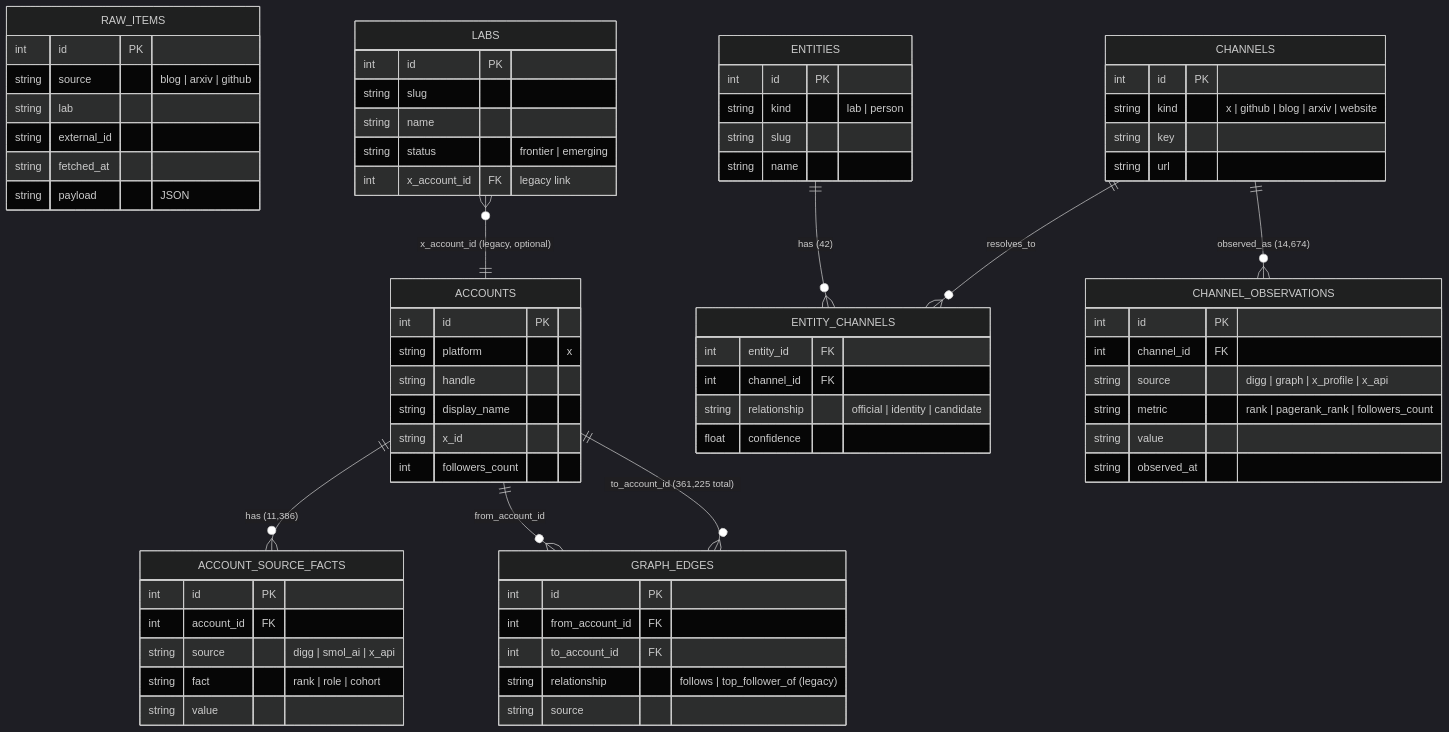
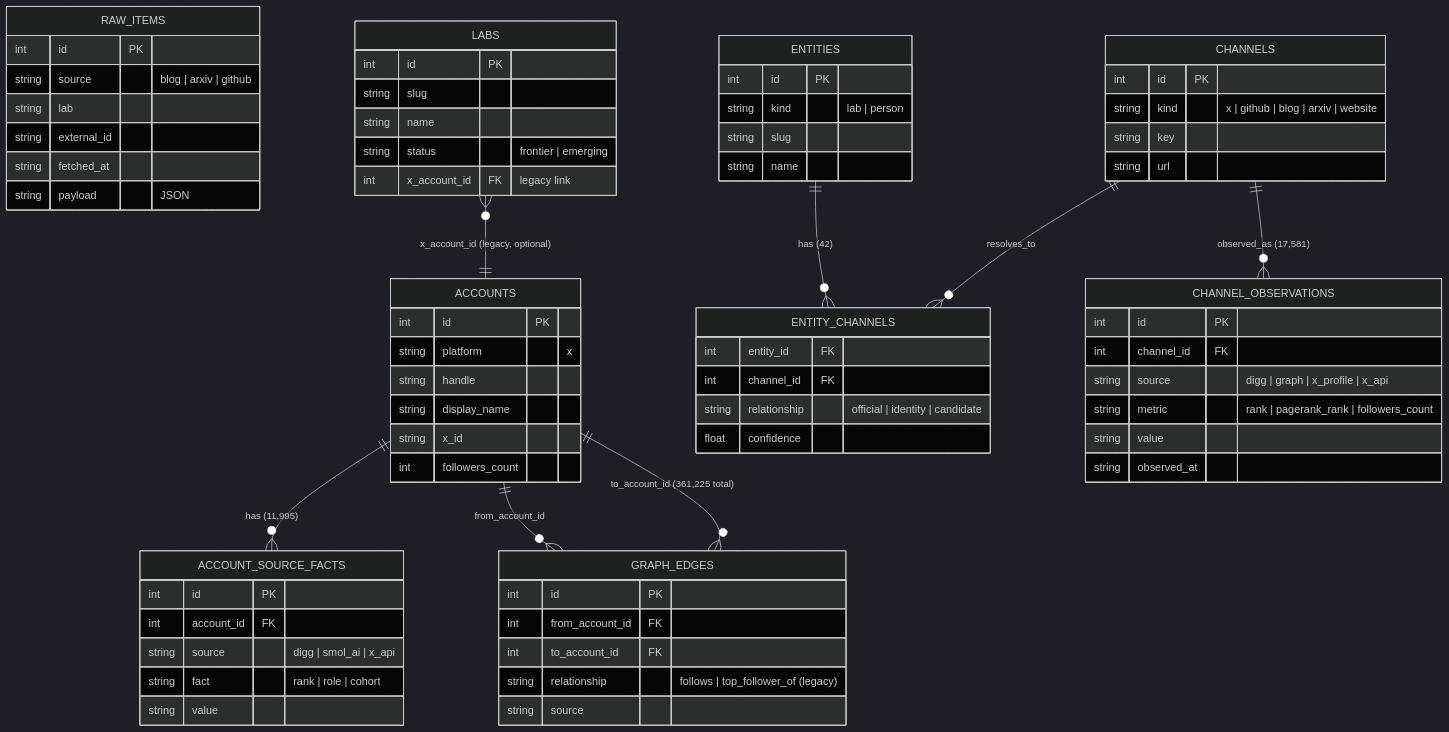
The third of 4 diagrams in docs/architecture/overview.md (AdithyanI/frontier-lab-intelligence), drawn with Mermaid (dark theme) before and after one commit. The commit also changed other lines of this file and 5 other files, not shown here.

````diff
--- a/docs/architecture/overview.md
+++ b/docs/architecture/overview.md
@@ -154,74 +158,74 @@
 ```mermaid
 erDiagram
     RAW_ITEMS {
         int id PK
         string source "blog | arxiv | github"
         string lab
         string external_id
         string fetched_at
         string payload "JSON"
     }
     ACCOUNTS {
         int id PK
         string platform "x"
         string handle
         string display_name
         string x_id
         int followers_count
     }
     ACCOUNT_SOURCE_FACTS {
         int id PK
         int account_id FK
         string source "digg | smol_ai | x_api"
         string fact "rank | role | cohort"
         string value
     }
     GRAPH_EDGES {
         int id PK
         int from_account_id FK
         int to_account_id FK
         string relationship "follows | top_follower_of (legacy)"
         string source
     }
     LABS {
         int id PK
         string slug
         string name
         string status "frontier | emerging"
         int x_account_id FK "legacy link"
     }
     ENTITIES {
         int id PK
         string kind "lab | person"
         string slug
         string name
     }
     CHANNELS {
         int id PK
         string kind "x | github | blog | arxiv | website"
         string key
         string url
     }
     ENTITY_CHANNELS {
         int entity_id FK
         int channel_id FK
         string relationship "official | identity | candidate"
         float confidence
     }
     CHANNEL_OBSERVATIONS {
         int id PK
         int channel_id FK
         string source "digg | graph | x_profile | x_api"
         string metric "rank | pagerank_rank | followers_count"
         string value
         string observed_at
     }
 
-    ACCOUNTS ||--o{ ACCOUNT_SOURCE_FACTS : "has (11,386)"
+    ACCOUNTS ||--o{ ACCOUNT_SOURCE_FACTS : "has (11,995)"
     ACCOUNTS ||--o{ GRAPH_EDGES : "from_account_id"
     ACCOUNTS ||--o{ GRAPH_EDGES : "to_account_id (361,225 total)"
     LABS }o--|| ACCOUNTS : "x_account_id (legacy, optional)"
     ENTITIES ||--o{ ENTITY_CHANNELS : "has (42)"
     CHANNELS ||--o{ ENTITY_CHANNELS : resolves_to
-    CHANNELS ||--o{ CHANNEL_OBSERVATIONS : "observed_as (14,674)"
+    CHANNELS ||--o{ CHANNEL_OBSERVATIONS : "observed_as (17,581)"
 ```
````
